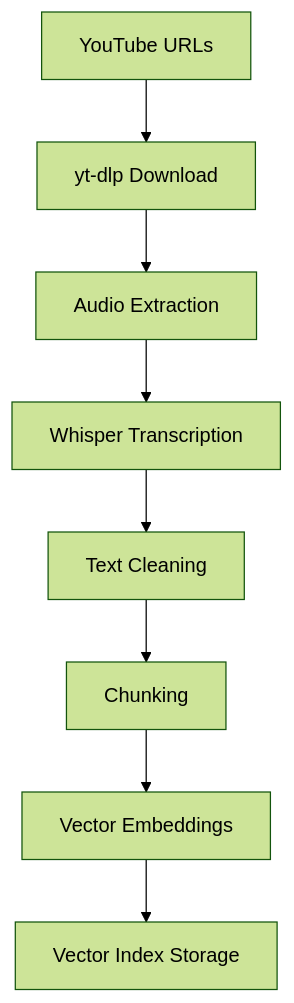
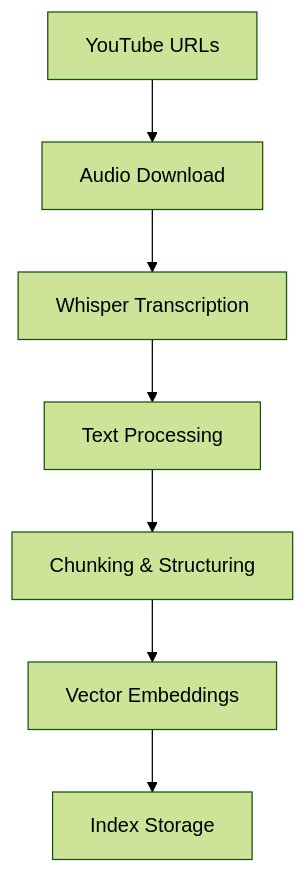
The diagram in reports/checkpoint_1_report.md (bmmjam/RAG_youtube_itmo), drawn with Mermaid (forest theme) before and after one commit. The commit also changed other lines of this file and 2 other files, not shown here.

````diff
--- a/reports/checkpoint_1_report.md
+++ b/reports/checkpoint_1_report.md
@@ -9,10 +19,9 @@
 ```mermaid
 graph TD
-    A[YouTube URLs] --> B[yt-dlp Download]
-    B --> C[Audio Extraction]
-    C --> D[Whisper Transcription]
-    D --> E[Text Cleaning]
-    E --> F[Chunking]
-    F --> G[Vector Embeddings]
-    G --> H[Vector Index Storage]
+    A[YouTube URLs] --> B[Audio Download]
+    B --> C[Whisper Transcription]
+    C --> D[Text Processing]
+    D --> E[Chunking & Structuring]
+    E --> F[Vector Embeddings]
+    F --> G[Index Storage]
 ```
````
